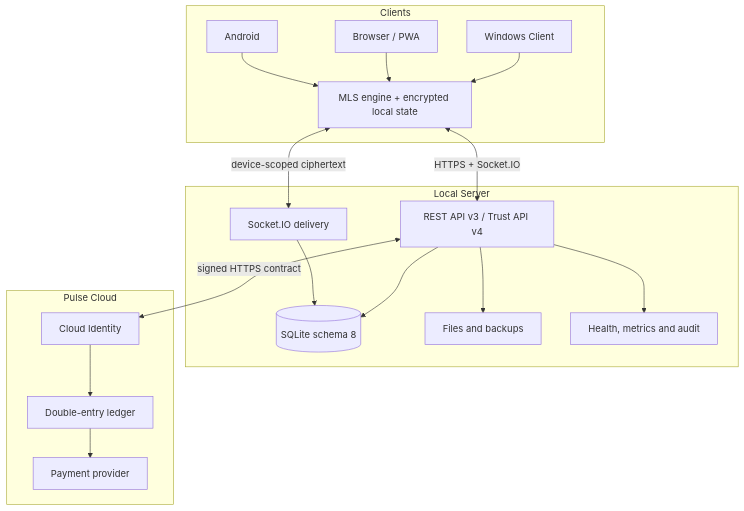
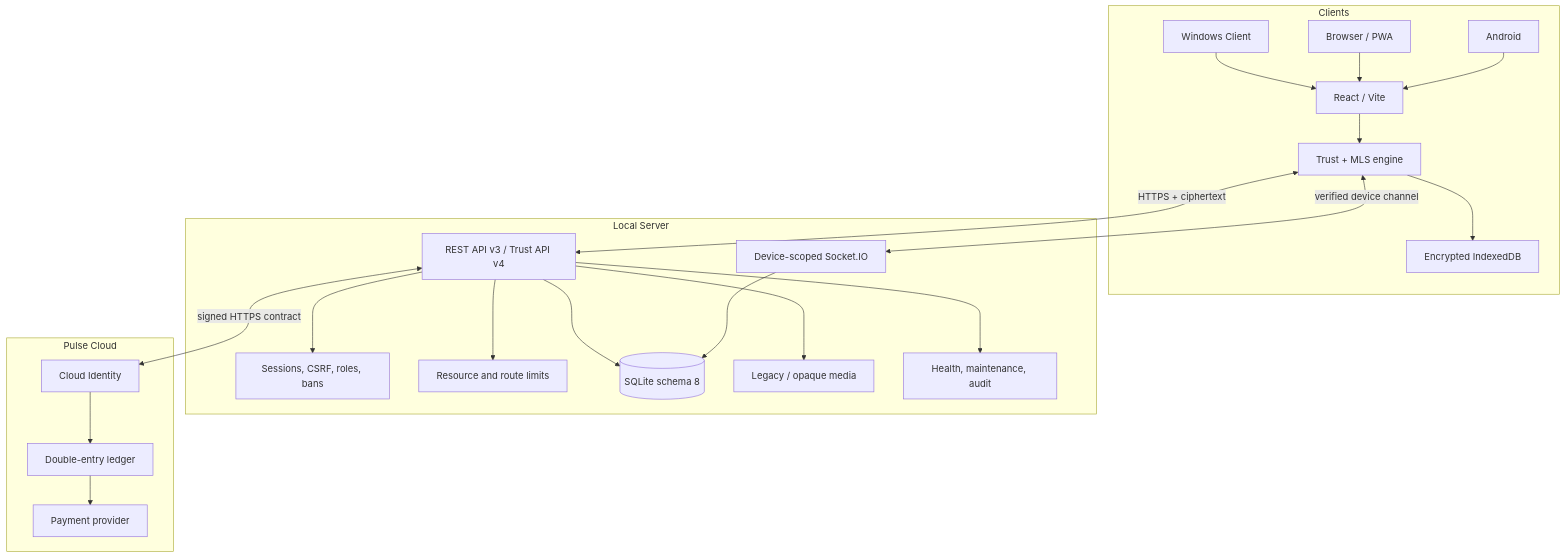
The diagram in README.md (Onmaynec/Nexora), drawn with Mermaid before and after one commit. The commit also changed other lines of this file, not shown here.

````diff
--- a/README.md
+++ b/README.md
@@ -79,36 +110,44 @@
 ```mermaid
 flowchart TB
   subgraph Clients
     WIN[Windows Client]
     WEB[Browser / PWA]
     AND[Android]
-    MLS[MLS engine + encrypted local state]
-    WIN --> MLS
-    WEB --> MLS
-    AND --> MLS
+    UI[React / Vite]
+    MLS[Trust + MLS engine]
+    EDB[Encrypted IndexedDB]
+    WIN --> UI
+    WEB --> UI
+    AND --> UI
+    UI --> MLS
+    MLS --> EDB
   end
 
   subgraph Local Server
     API[REST API v3 / Trust API v4]
-    RT[Socket.IO delivery]
+    AUTH[Sessions, CSRF, roles, bans]
+    LIMITS[Resource and route limits]
+    RT[Device-scoped Socket.IO]
     DB[(SQLite schema 8)]
-    FILES[Files and backups]
-    OPS[Health, metrics and audit]
+    FILES[Legacy / opaque media]
+    OPS[Health, maintenance, audit]
+    API --> AUTH
+    API --> LIMITS
     API --> DB
     RT --> DB
     API --> FILES
     API --> OPS
   end
 
   subgraph Pulse Cloud
     ID[Cloud Identity]
     LEDGER[Double-entry ledger]
     PROVIDER[Payment provider]
   end
 
-  MLS <-->|HTTPS + Socket.IO| API
-  MLS <-->|device-scoped ciphertext| RT
+  MLS <-->|HTTPS + ciphertext| API
+  MLS <-->|verified device channel| RT
   API <-->|signed HTTPS contract| ID
   ID --> LEDGER
   LEDGER --> PROVIDER
 ```
````
